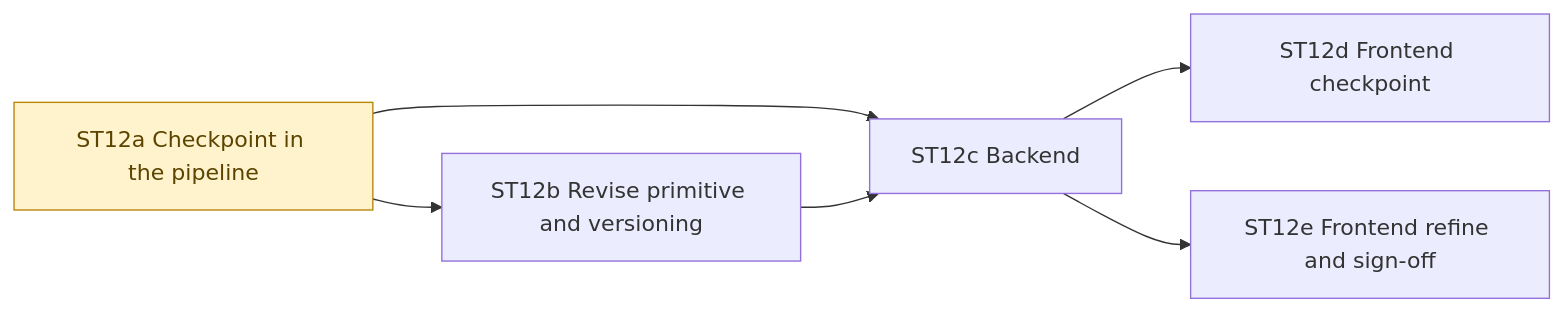
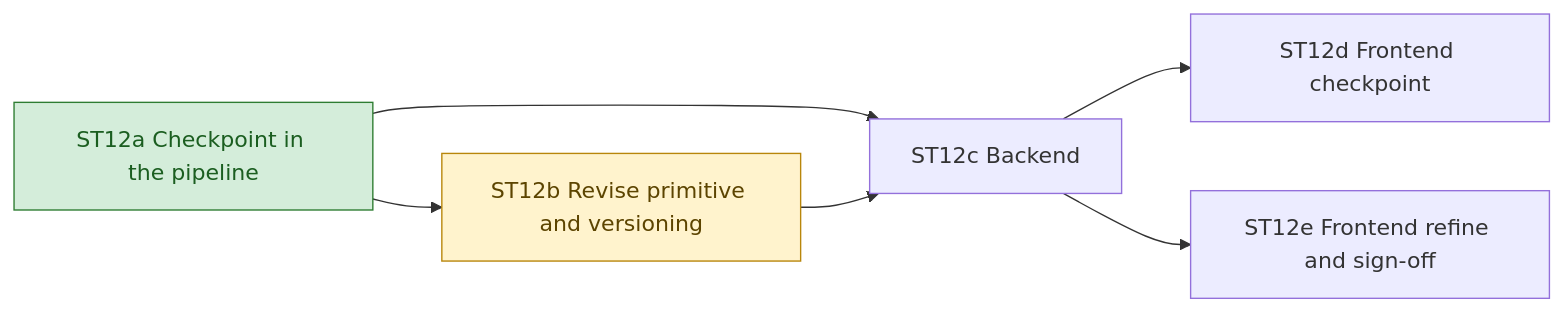
One commit to lofeodo/rfp-solution-summary-generator changed the third of 3 diagrams in docs/ROADMAP.md. Above: the diagram before and after it, drawn with Mermaid. The commit also changed other lines of this file, not shown here.

Commit message:
ST12a: mark done in the roadmap, ST12b ready

````diff
--- a/docs/ROADMAP.md
+++ b/docs/ROADMAP.md
@@ -2468,11 +2468,12 @@
 ```mermaid
 flowchart LR
     A[ST12a Checkpoint in the pipeline] --> B[ST12b Revise primitive and versioning]
     A --> C[ST12c Backend]
     C --> D[ST12d Frontend checkpoint]
     B --> C
     C --> E[ST12e Frontend refine and sign-off]
     classDef done fill:#d4edda,stroke:#2e7d32,color:#1b5e20
     classDef ready fill:#fff3cd,stroke:#b8860b,color:#5c4400
-    class A ready
+    class A done
+    class B ready
 ```
````
